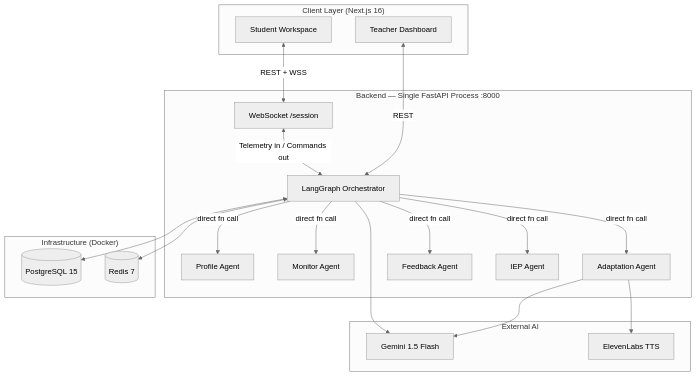
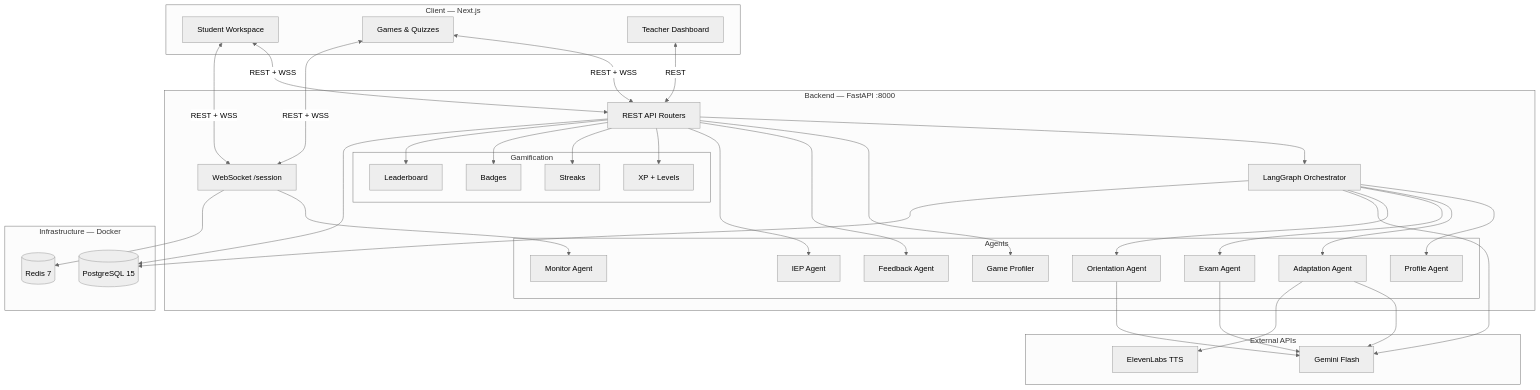
One commit to zakariabouy/Adapt_Learn changed the second of 2 diagrams in README.md. Above: the diagram before and after it, drawn with Mermaid (neutral theme). The commit also changed other lines of this file, not shown here.

````diff
--- a/README.md
+++ b/README.md
@@ -63,42 +72,55 @@
 ```mermaid
 graph TD
-    subgraph "Client Layer (Next.js 16)"
+    subgraph "Client — Next.js"
         SW[Student Workspace]
+        SG[Games & Quizzes]
         TD[Teacher Dashboard]
     end
 
-    subgraph "Backend — Single FastAPI Process :8000"
-        WS[WebSocket /session]
-        OR[LangGraph Orchestrator]
-        PR[Profile Agent]
-        MO[Monitor Agent]
-        AD[Adaptation Agent]
-        FE[Feedback Agent]
-        IE[IEP Agent]
+    subgraph "Backend — FastAPI :8000"
+        REST[REST API Routers]
+        WSS[WebSocket /session]
+        ORC[LangGraph Orchestrator]
 
-        WS <-->|Telemetry in / Commands out| OR
-        OR -->|direct fn call| PR
-        OR -->|direct fn call| MO
-        OR -->|direct fn call| AD
-        OR -->|direct fn call| FE
-        OR -->|direct fn call| IE
+        subgraph "Agents"
+            GP[Game Profiler]
+            PA[Profile Agent]
+            AD[Adaptation Agent]
+            MO[Monitor Agent]
+            FB[Feedback Agent]
+            EX[Exam Agent]
+            OA[Orientation Agent]
+            IE[IEP Agent]
+        end
+
+        subgraph "Gamification"
+            XP[XP + Levels]
+            ST[Streaks]
+            BD[Badges]
+            LB[Leaderboard]
+        end
+
+        REST --> ORC
+        WSS --> MO
+        ORC --> PA & AD & EX & OA
+        REST --> GP & FB & IE
+        REST --> XP & ST & BD & LB
     end
 
-    subgraph "Infrastructure (Docker)"
+    subgraph "Infrastructure — Docker"
         DB[(PostgreSQL 15)]
         RD[(Redis 7)]
     end
 
-    subgraph "External AI"
-        GS[Gemini 1.5 Flash]
+    subgraph "External APIs"
+        GE[Gemini Flash]
         EL[ElevenLabs TTS]
     end
 
-    SW <-->|REST + WSS| WS
-    TD <-->|REST| OR
-    OR <--> DB
-    OR <--> RD
-    OR --> GS
-    AD --> GS
+    SW & SG <-->|REST + WSS| REST & WSS
+    TD <-->|REST| REST
+    ORC & AD & EX & OA --> GE
     AD --> EL
+    REST & ORC --> DB
+    WSS --> RD
 ```
````
